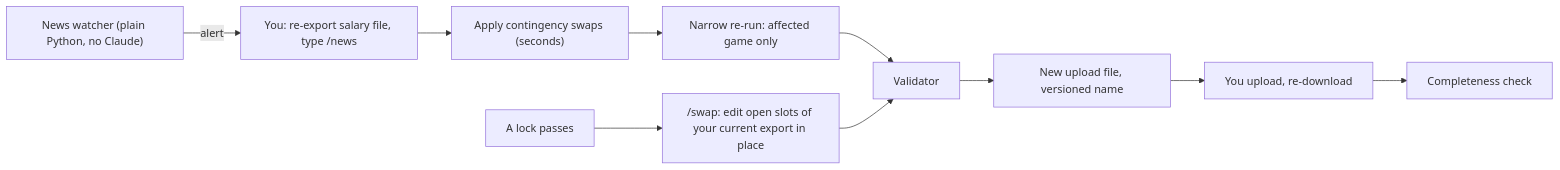
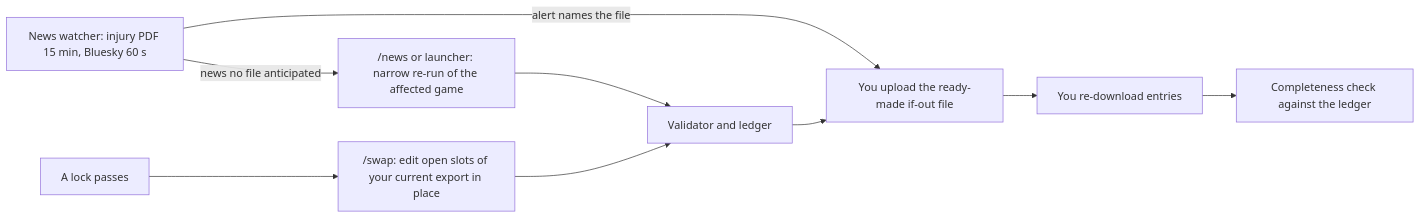
Before and after one commit to bleeski/nba-dfs: the second of 3 diagrams in docs/ARCHITECTURE.md, drawn with Mermaid. The commit also changed other lines of this file and 4 other files, not shown here.

Commit message:
ARCHITECTURE v2 after red-team round 1; ADR-006 solver; RT1 memo

````diff
--- a/docs/ARCHITECTURE.md
+++ b/docs/ARCHITECTURE.md
@@ -196,12 +212,11 @@
 ```mermaid
 flowchart LR
-    W["News watcher (plain Python, no Claude)"] -->|alert| Y["You: re-export salary file, type /news"]
-    Y --> CS["Apply contingency swaps (seconds)"]
-    CS --> RR["Narrow re-run: affected game only"]
-    RR --> V["Validator"]
-    V --> F["New upload file, versioned name"]
-    F --> UPL["You upload, re-download"]
-    UPL --> CK["Completeness check"]
+    W["News watcher: injury PDF 15 min, Bluesky 60 s"] -->|alert names the file| U1["You upload the ready-made if-out file"]
+    U1 --> RD["You re-download entries"]
+    RD --> CK["Completeness check against the ledger"]
+    W -->|news no file anticipated| NW["/news or launcher: narrow re-run of the affected game"]
+    NW --> V["Validator and ledger"]
+    V --> U1
     L["A lock passes"] --> SW["/swap: edit open slots of your current export in place"]
     SW --> V
 ```
````
